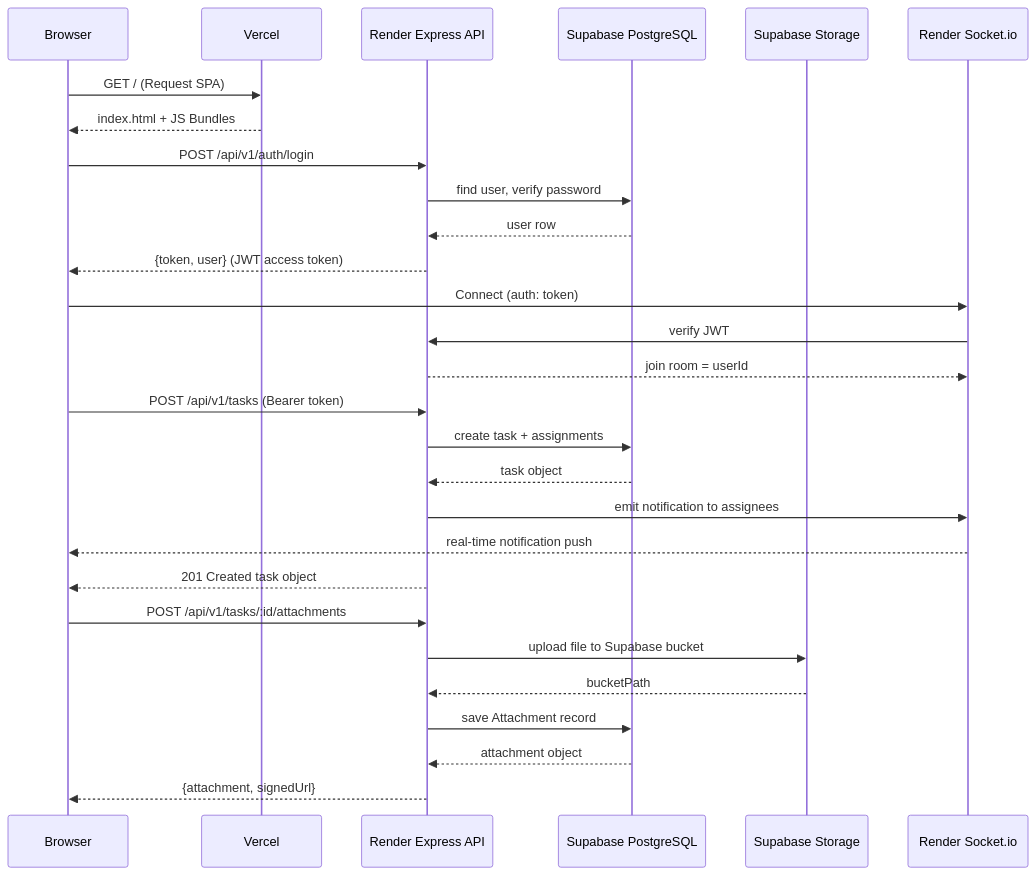
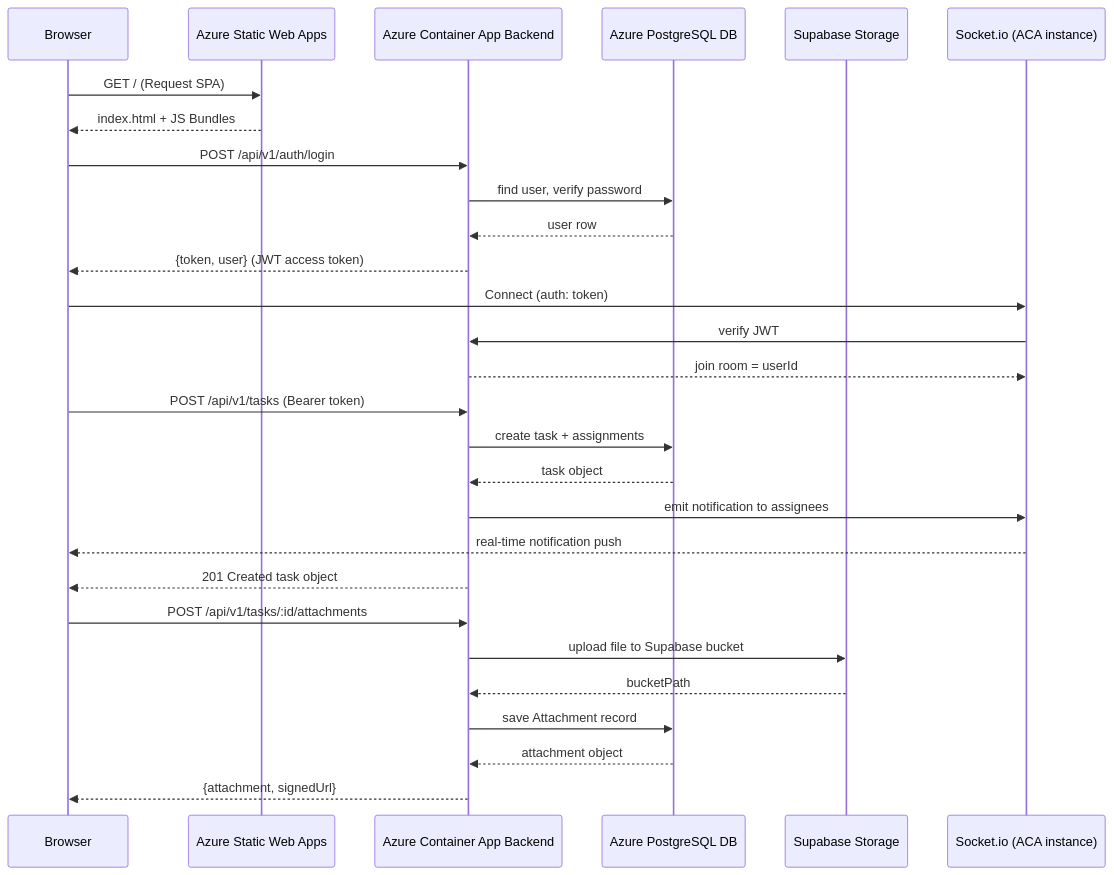
The eighth of 9 diagrams in docs/system_documentation.md (Dayaleeswaran/TaskManagement), drawn with Mermaid before and after one commit. The commit also changed other lines of this file and 7 other files, not shown here.

````diff
--- a/docs/system_documentation.md
+++ b/docs/system_documentation.md
@@ -914,35 +949,35 @@
 ```mermaid
 sequenceDiagram
     participant B as Browser
-    participant V as Vercel
-    participant API as Render Express API
-    participant DB as Supabase PostgreSQL
+    participant SWA as Azure Static Web Apps
+    participant ACA as Azure Container App Backend
+    participant DB as Azure PostgreSQL DB
     participant S3 as Supabase Storage
-    participant WS as Render Socket.io
+    participant WS as Socket.io (ACA instance)
 
-    B->>V: GET / (Request SPA)
-    V-->>B: index.html + JS Bundles
+    B->>SWA: GET / (Request SPA)
+    SWA-->>B: index.html + JS Bundles
 
-    B->>API: POST /api/v1/auth/login
-    API->>DB: find user, verify password
-    DB-->>API: user row
-    API-->>B: {token, user} (JWT access token)
+    B->>ACA: POST /api/v1/auth/login
+    ACA->>DB: find user, verify password
+    DB-->>ACA: user row
+    ACA-->>B: {token, user} (JWT access token)
 
     B->>WS: Connect (auth: token)
-    WS->>API: verify JWT
-    API-->>WS: join room = userId
+    WS->>ACA: verify JWT
+    ACA-->>WS: join room = userId
 
-    B->>API: POST /api/v1/tasks (Bearer token)
-    API->>DB: create task + assignments
-    DB-->>API: task object
-    API->>WS: emit notification to assignees
+    B->>ACA: POST /api/v1/tasks (Bearer token)
+    ACA->>DB: create task + assignments
+    DB-->>ACA: task object
+    ACA->>WS: emit notification to assignees
     WS-->>B: real-time notification push
-    API-->>B: 201 Created task object
+    ACA-->>B: 201 Created task object
 
-    B->>API: POST /api/v1/tasks/:id/attachments
-    API->>S3: upload file to Supabase bucket
-    S3-->>API: bucketPath
-    API->>DB: save Attachment record
-    DB-->>API: attachment object
-    API-->>B: {attachment, signedUrl}
+    B->>ACA: POST /api/v1/tasks/:id/attachments
+    ACA->>S3: upload file to Supabase bucket
+    S3-->>ACA: bucketPath
+    ACA->>DB: save Attachment record
+    DB-->>ACA: attachment object
+    ACA-->>B: {attachment, signedUrl}
 ```
````
